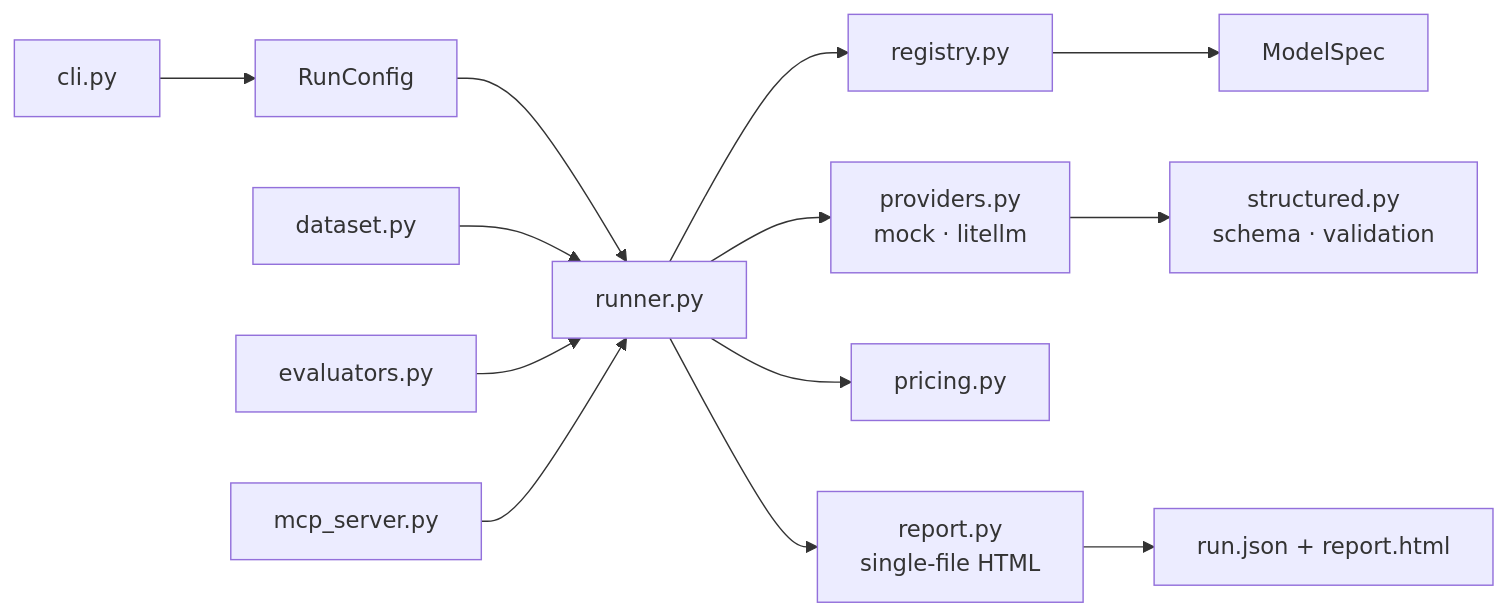
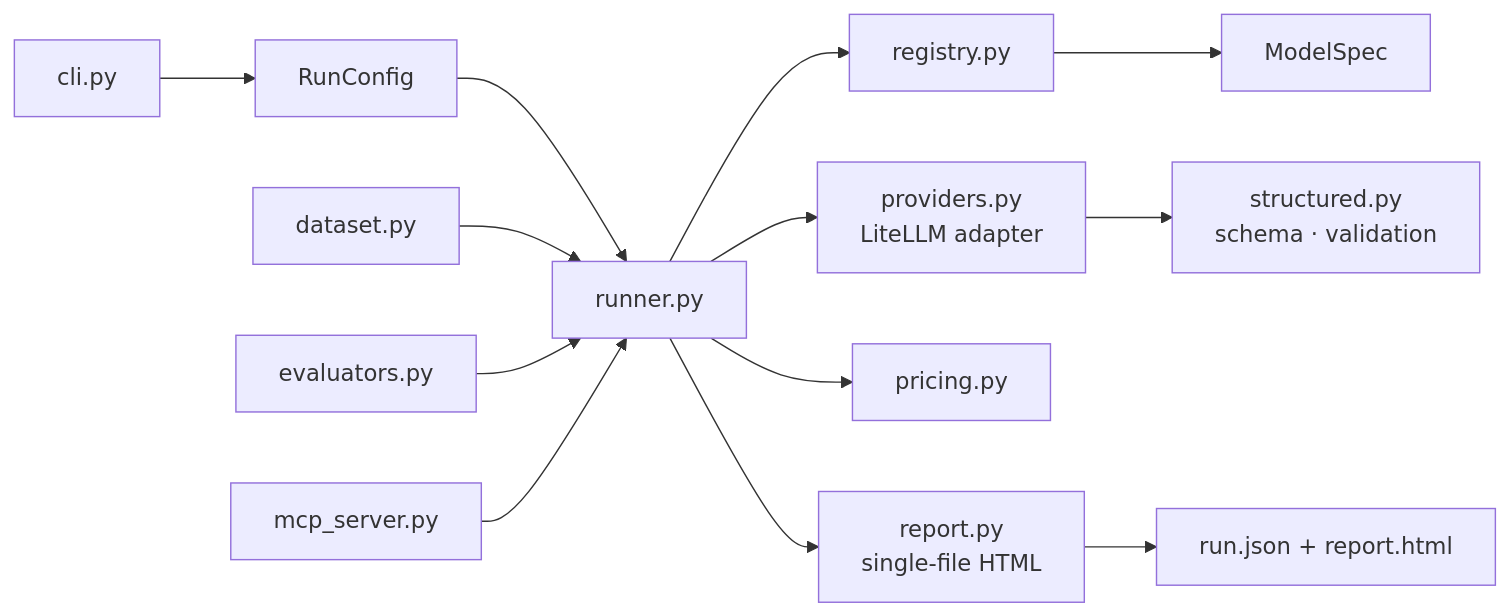
One commit to semenovdv/fastevals changed the diagram in README.md. Above: the diagram before and after it, drawn with Mermaid. The commit also changed other lines of this file and 37 other files, not shown here.

````diff
--- a/README.md
+++ b/README.md
@@ -167,16 +164,16 @@
 ```mermaid
 flowchart LR
     CLI["cli.py"] --> RC["RunConfig"]
     RC --> Runner["runner.py"]
     DS["dataset.py"] --> Runner
     EV["evaluators.py"] --> Runner
     Runner --> Reg["registry.py"]
     Reg --> Specs["ModelSpec"]
-    Runner --> Prov["providers.py<br/>mock · litellm"]
+    Runner --> Prov["providers.py<br/>LiteLLM adapter"]
     Prov --> ST["structured.py<br/>schema · validation"]
     Runner --> PR["pricing.py"]
     Runner --> Rep["report.py<br/>single-file HTML"]
     Rep --> Out["run.json + report.html"]
 
     MCP["mcp_server.py"] --> Runner
 ```
````
